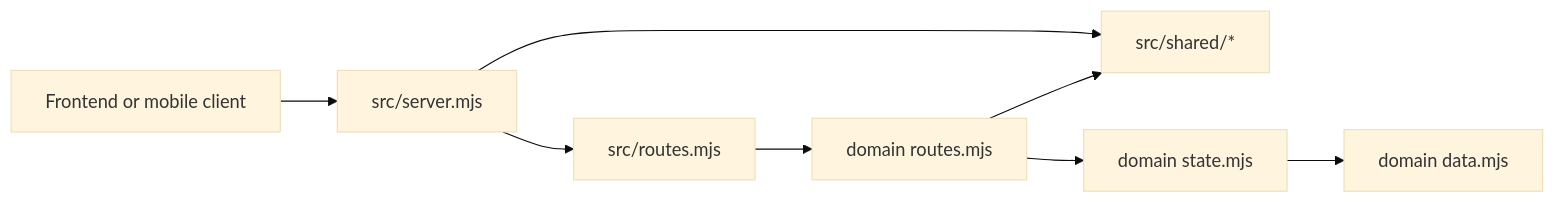
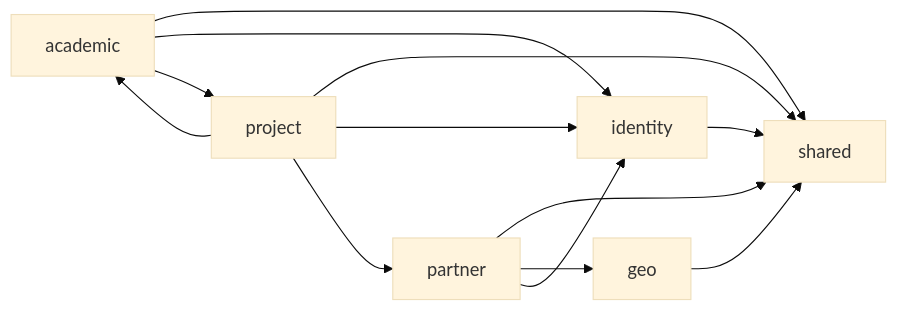
Before and after one commit to Plataforma-Universidade-Gratuita/pug-docs: the diagram in pug-mocks/README.md, drawn with Mermaid (base theme). The commit also changed other lines of this file and 2 other files, not shown here.

````diff
--- a/pug-mocks/README.md
+++ b/pug-mocks/README.md
@@ -125,18 +32,23 @@
 ```mermaid
 flowchart LR
-    Client[Frontend or mobile client]
-    Server[src/server.mjs]
-    Router[src/routes.mjs]
-    Shared[src/shared/*]
-    Modules[domain routes.mjs]
-    State[domain state.mjs]
-    Data[domain data.mjs]
+    shared[shared]
+    geo[geo]
+    identity[identity]
+    partner[partner]
+    academic[academic]
+    project[project]
 
-    Client --> Server
-    Server --> Router
-    Server --> Shared
-    Router --> Modules
-    Modules --> Shared
-    Modules --> State
-    State --> Data
+    geo --> shared
+    identity --> shared
+    partner --> shared
+    academic --> shared
+    project --> shared
+
+    partner --> geo
+    partner --> identity
+    academic --> identity
+    academic --> project
+    project --> identity
+    project --> partner
+    project --> academic
 ```
````
